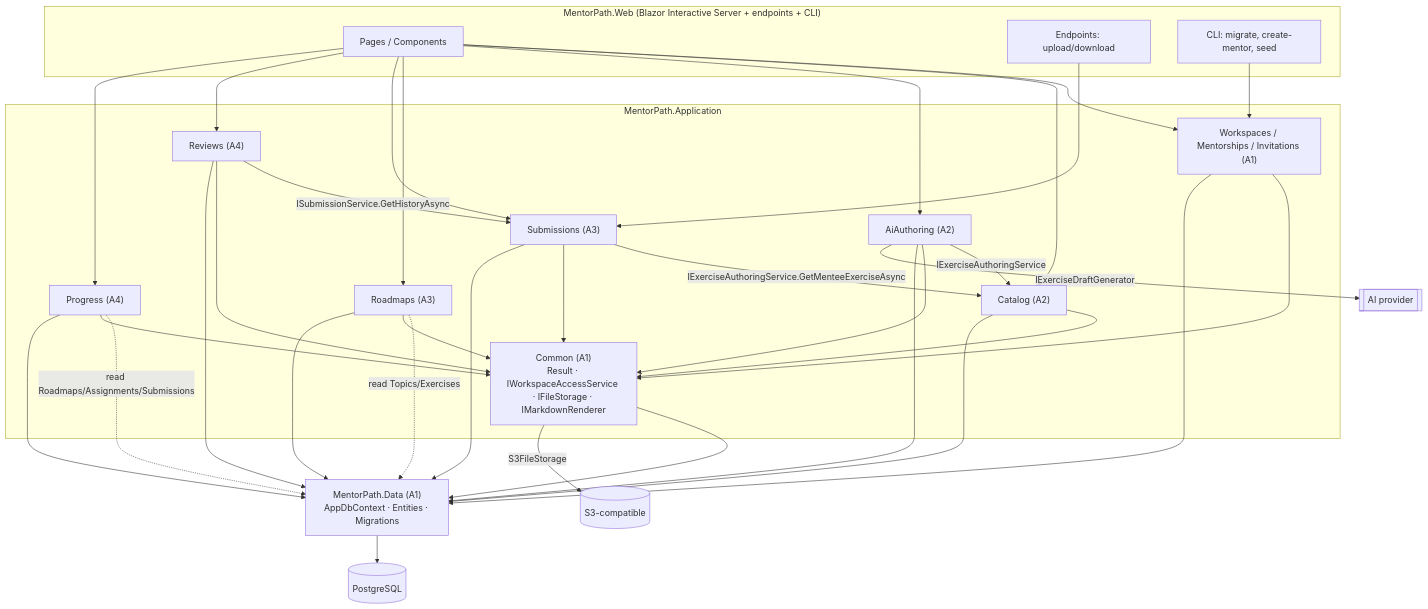
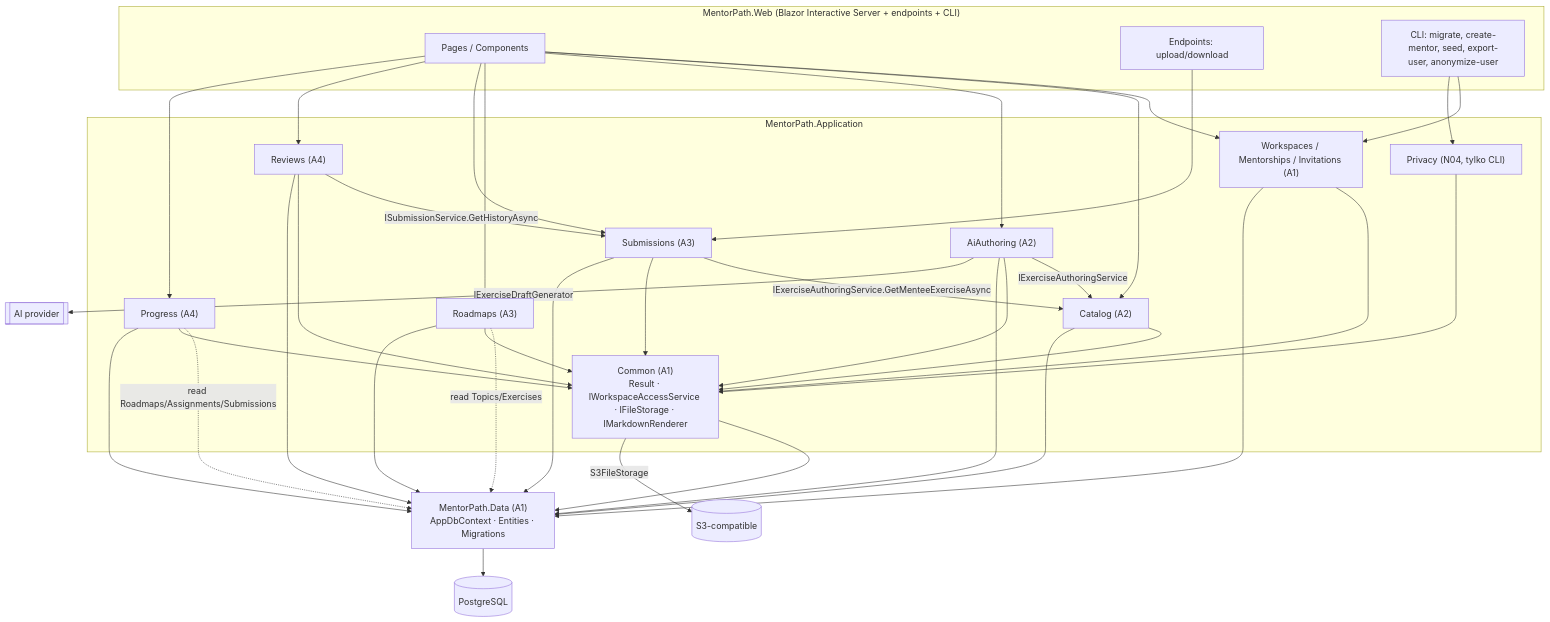
The diagram in docs/ARCHITECTURE.md (szkoladotneta/MentorPath), drawn with Mermaid before and after one commit. The commit also changed other lines of this file and 15 other files, not shown here.

First line of the commit message:
N04: export-user and anonymize-user CLI with retention policy

````diff
--- a/docs/ARCHITECTURE.md
+++ b/docs/ARCHITECTURE.md
@@ -104,37 +105,38 @@
 ```mermaid
 flowchart TB
   subgraph Web["MentorPath.Web (Blazor Interactive Server + endpoints + CLI)"]
     UI[Pages / Components]
     EP[Endpoints: upload/download]
-    CLI[CLI: migrate, create-mentor, seed]
+    CLI[CLI: migrate, create-mentor, seed, export-user, anonymize-user]
   end
   subgraph App["MentorPath.Application"]
     COMMON["Common (A1)<br/>Result · IWorkspaceAccessService · IFileStorage · IMarkdownRenderer"]
     WS["Workspaces / Mentorships / Invitations (A1)"]
     CAT["Catalog (A2)"]
     AI["AiAuthoring (A2)"]
     RDM["Roadmaps (A3)"]
     SUB["Submissions (A3)"]
     REV["Reviews (A4)"]
     PRG["Progress (A4)"]
+    PRV["Privacy (N04, tylko CLI)"]
   end
   DATA["MentorPath.Data (A1)<br/>AppDbContext · Entities · Migrations"]
   PG[(PostgreSQL)]
   S3[(S3-compatible)]
   LLM[[AI provider]]
 
   UI --> WS & CAT & AI & RDM & SUB & REV & PRG
   EP --> SUB
-  CLI --> WS
+  CLI --> WS & PRV
   AI -->|"IExerciseAuthoringService"| CAT
   RDM -.->|read Topics/Exercises| DATA
   SUB -->|"IExerciseAuthoringService.GetMenteeExerciseAsync"| CAT
   REV -->|"ISubmissionService.GetHistoryAsync"| SUB
   PRG -.->|read Roadmaps/Assignments/Submissions| DATA
-  WS & CAT & AI & RDM & SUB & REV & PRG --> COMMON
+  WS & CAT & AI & RDM & SUB & REV & PRG & PRV --> COMMON
   COMMON --> DATA
   WS & CAT & AI & RDM & SUB & REV & PRG --> DATA
   DATA --> PG
   COMMON -->|S3FileStorage| S3
   AI -->|IExerciseDraftGenerator| LLM
 ```
````
